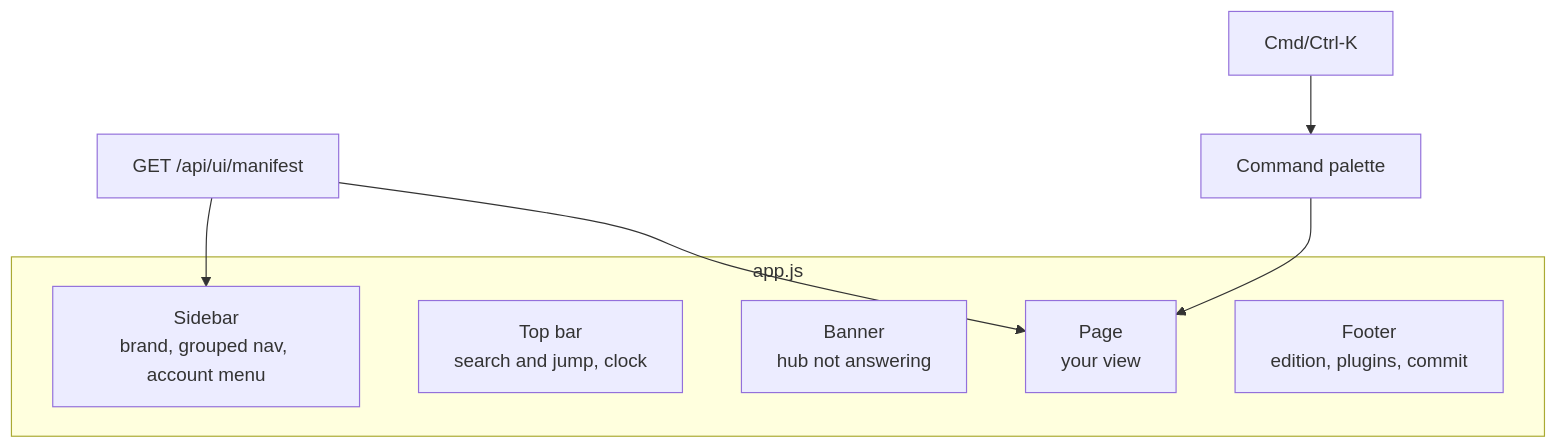
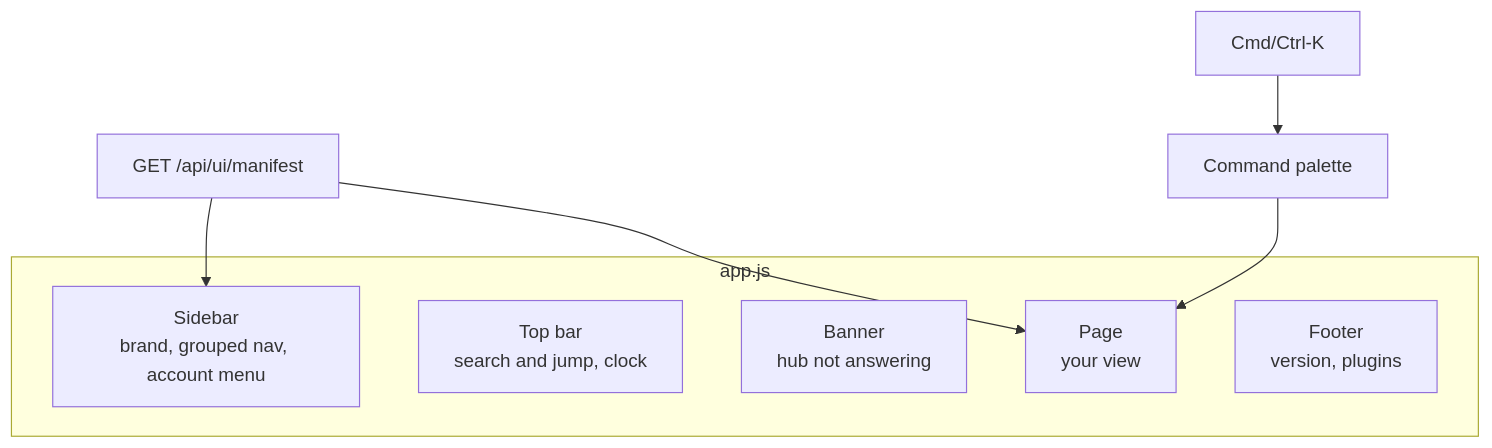
The second of 2 diagrams in docs/design.md (slaader/home_hub), drawn with Mermaid before and after one commit. The commit also changed other lines of this file and 34 other files, not shown here.

````diff
--- a/docs/design.md
+++ b/docs/design.md
@@ -233,14 +233,14 @@
 ```mermaid
 flowchart TB
   subgraph Shell["app.js"]
     SB[Sidebar<br>brand, grouped nav, account menu]
     TB[Top bar<br>search and jump, clock]
     BN[Banner<br>hub not answering]
     PG[Page<br>your view]
-    FT[Footer<br>edition, plugins, commit]
+    FT[Footer<br>version, plugins]
   end
   M["GET /api/ui/manifest"] --> SB
   M --> PG
   K[Cmd/Ctrl-K] --> PL[Command palette]
   PL --> PG
 ```
````
